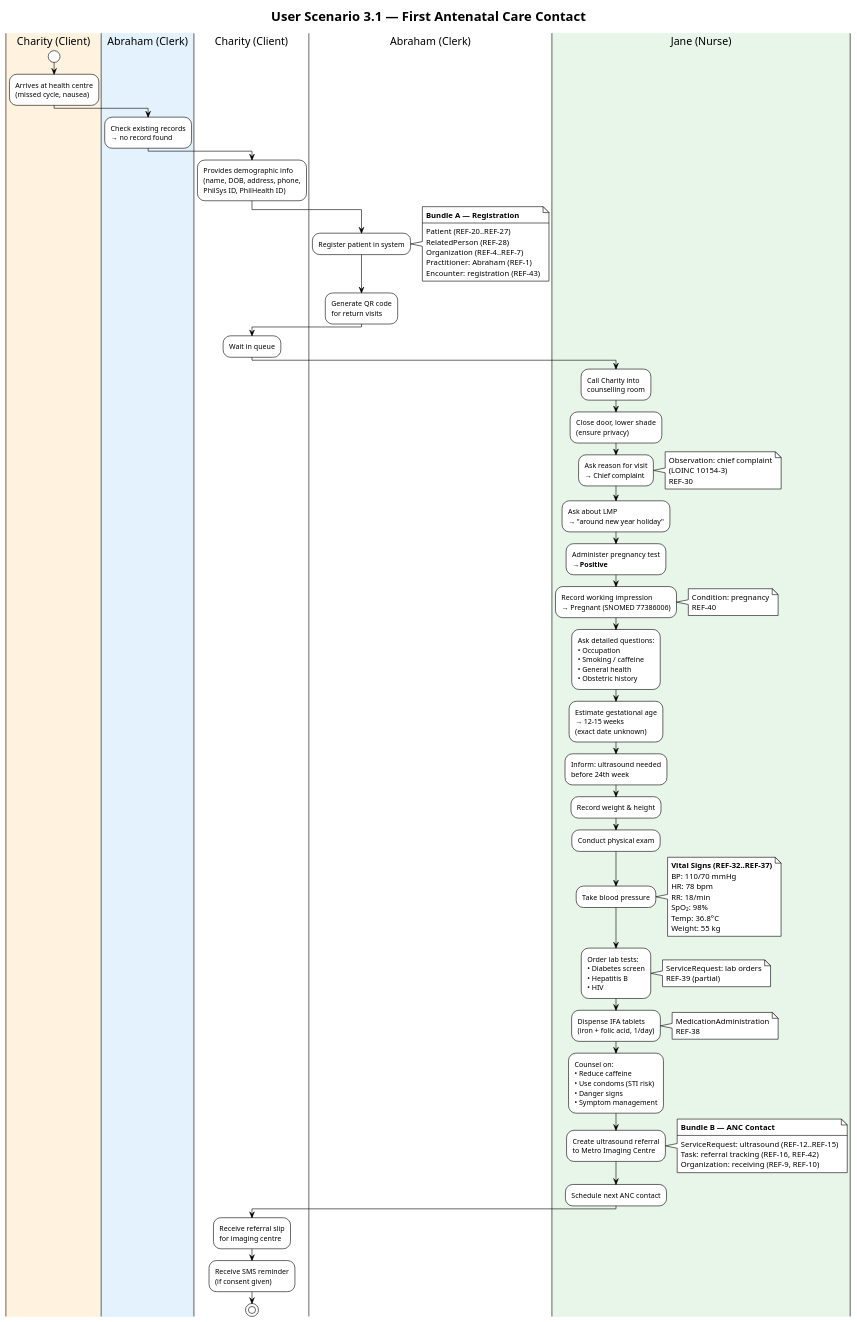
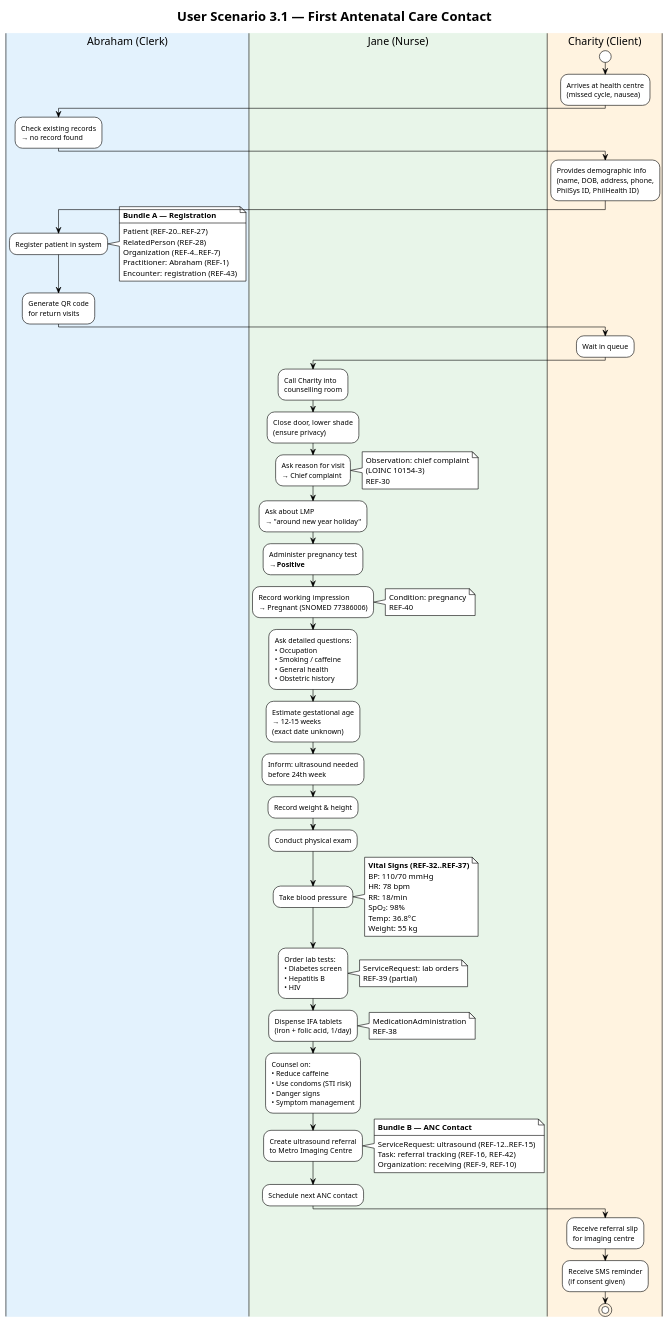
The diagram in input/images-source/scenario-activity.plantuml (jgsuess/ph-ereferral), drawn with PlantUML before and after one commit.

Commit message:
fix: consistent swimlane naming to eliminate duplicate columns
PlantUML swimlane names are whitespace-sensitive. The colour declarations
use '| Name |' (with spaces) while subsequent references used '|Name|'
(no spaces), causing PlantUML to create separate columns for each variant.

Fix: restore upfront colour declarations and use '| Name |' with
consistent spacing on every lane reference throughout the diagram.

```diff
--- a/input/images-source/scenario-activity.plantuml
+++ b/input/images-source/scenario-activity.plantuml
@@ -1,101 +1,105 @@
 @startuml scenario-activity
 !theme plain
 title User Scenario 3.1 — First Antenatal Care Contact
 
+|#E3F2FD| Abraham (Clerk) |
+|#E8F5E9| Jane (Nurse) |
 |#FFF3E0| Charity (Client) |
+
+| Charity (Client) |
 start
 :Arrives at health centre\n(missed cycle, nausea);
 
-|#E3F2FD| Abraham (Clerk) |
+| Abraham (Clerk) |
 :Check existing records\n→ no record found;
 
-|Charity (Client)|
+| Charity (Client) |
 :Provides demographic info\n(name, DOB, address, phone,\nPhilSys ID, PhilHealth ID);
 
-|Abraham (Clerk)|
+| Abraham (Clerk) |
 :Register patient in system;
 note right
   **Bundle A — Registration**
   ----
   Patient (REF-20..REF-27)
   RelatedPerson (REF-28)
   Organization (REF-4..REF-7)
   Practitioner: Abraham (REF-1)
   Encounter: registration (REF-43)
 end note
 :Generate QR code\nfor return visits;
 
-|Charity (Client)|
+| Charity (Client) |
 :Wait in queue;
 
-|#E8F5E9| Jane (Nurse) |
+| Jane (Nurse) |
 :Call Charity into\ncounselling room;
 :Close door, lower shade\n(ensure privacy);
 
 :Ask reason for visit\n→ Chief complaint;
 note right
   Observation: chief complaint
   (LOINC 10154-3)
   REF-30
 end note
 
 :Ask about LMP\n→ "around new year holiday";
 :Administer pregnancy test\n→ **Positive**;
 
 :Record working impression\n→ Pregnant (SNOMED 77386006);
 note right
   Condition: pregnancy
   REF-40
 end note
 
 :Ask detailed questions:\n• Occupation\n• Smoking / caffeine\n• General health\n• Obstetric history;
 
 :Estimate gestational age\n→ 12–15 weeks\n(exact date unknown);
 
 :Inform: ultrasound needed\nbefore 24th week;
 
 :Record weight & height;
 :Conduct physical exam;
 :Take blood pressure;
 note right
   **Vital Signs (REF-32..REF-37)**
   BP: 110/70 mmHg
   HR: 78 bpm
   RR: 18/min
   SpO₂: 98%
   Temp: 36.8°C
   Weight: 55 kg
 end note
 
 :Order lab tests:\n• Diabetes screen\n• Hepatitis B\n• HIV;
 note right
   ServiceRequest: lab orders
   REF-39 (partial)
 end note
 
 :Dispense IFA tablets\n(iron + folic acid, 1/day);
 note right
   MedicationAdministration
   REF-38
 end note
 
 :Counsel on:\n• Reduce caffeine\n• Use condoms (STI risk)\n• Danger signs\n• Symptom management;
 
 :Create ultrasound referral\nto Metro Imaging Centre;
 note right
   **Bundle B — ANC Contact**
   ----
   ServiceRequest: ultrasound (REF-12..REF-15)
   Task: referral tracking (REF-16, REF-42)
   Organization: receiving (REF-9, REF-10)
 end note
 
 :Schedule next ANC contact;
 
-|Charity (Client)|
+| Charity (Client) |
 :Receive referral slip\nfor imaging centre;
 :Receive SMS reminder\n(if consent given);
 
 stop
 
 @enduml
```
